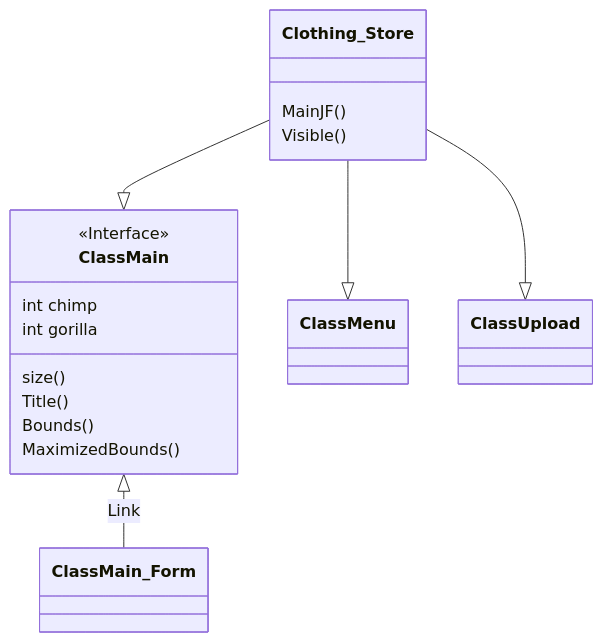
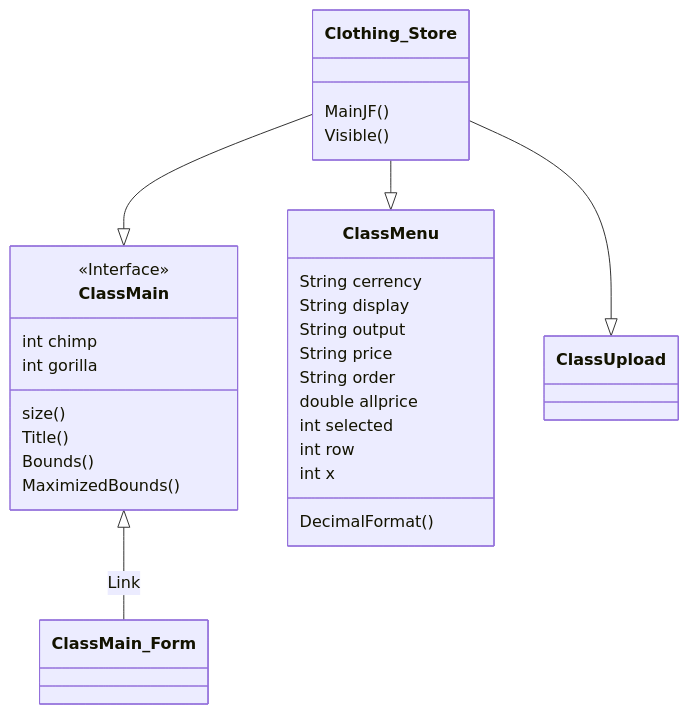
One commit to kawin101/Java_GUI_CRUD_CSV changed the third of 3 diagrams in README.md. Above: the diagram before and after it, drawn with Mermaid.

````diff
--- a/README.md
+++ b/README.md
@@ -33,17 +33,27 @@
 ```mermaid
 classDiagram
 ClassMain <|-- ClassMain_Form : Link
 <<Interface>> ClassMain
 Clothing_Store --|> ClassMain
 Clothing_Store --|> ClassMenu
 Clothing_Store --|> ClassUpload
 Clothing_Store : MainJF()
 Clothing_Store : Visible()
 ClassMain : size()
 ClassMain : Title()
 ClassMain : Bounds()
 ClassMain : MaximizedBounds()
 ClassMain : int chimp
 ClassMain : int gorilla
+ClassMenu : String cerrency
+ClassMenu : String display
+ClassMenu : String output
+ClassMenu : String price
+ClassMenu : String order
+ClassMenu : DecimalFormat()
+ClassMenu : double allprice
+ClassMenu : int selected
+ClassMenu : int row
+ClassMenu : int x
 
 ```
````
